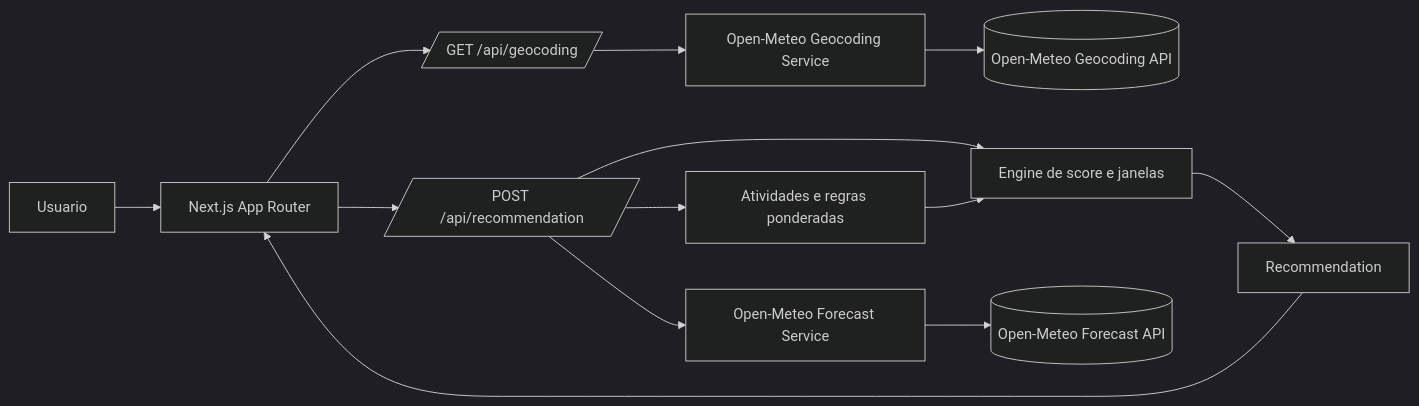
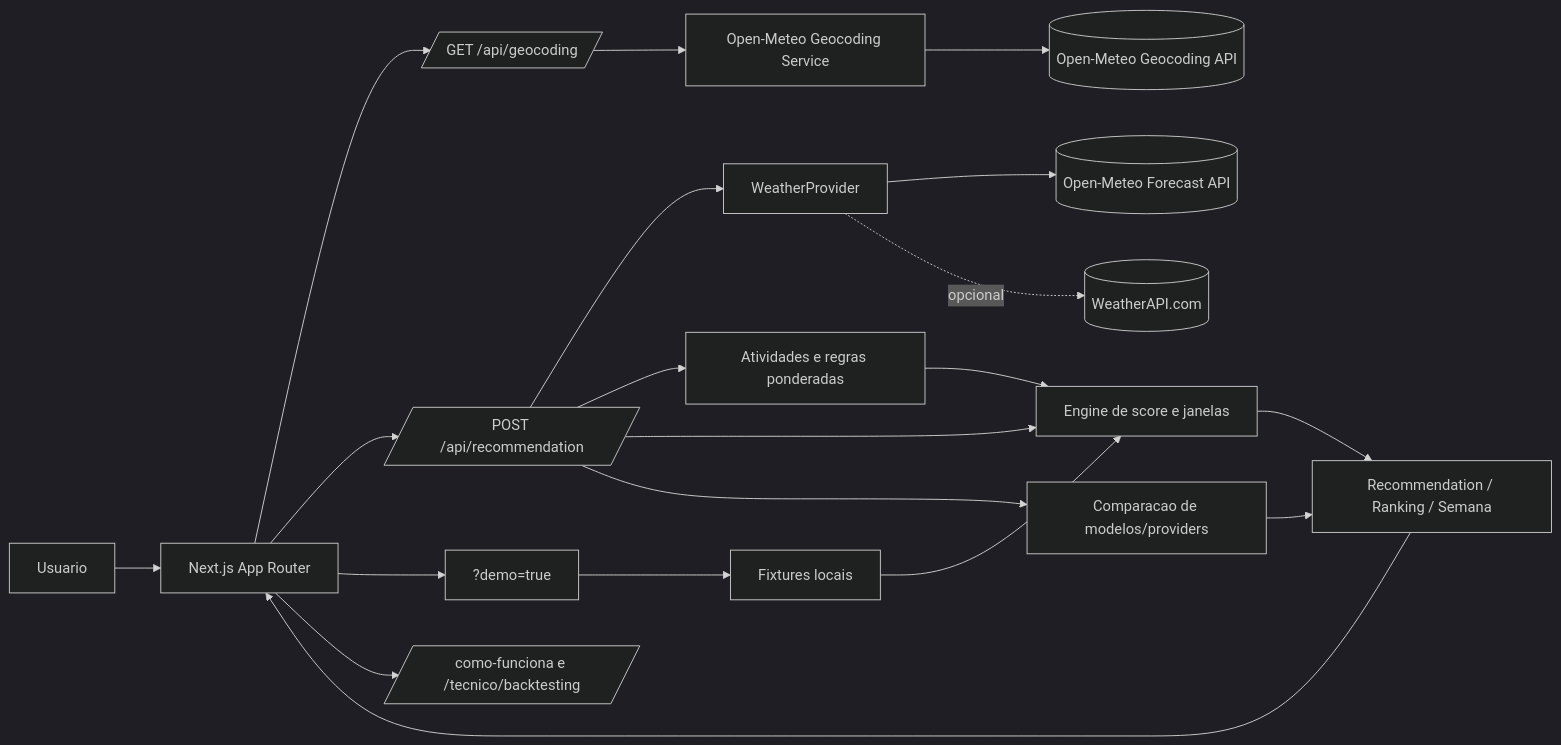
One commit to PauloSergioLR/janela-perfeita changed the diagram in README.md. Above: the diagram before and after it, drawn with Mermaid (dark theme). The commit also changed other lines of this file, not shown here.

Commit message:
docs: atualiza README com evolucao do projeto

````diff
--- a/README.md
+++ b/README.md
@@ -42,18 +50,25 @@
 ```mermaid
 flowchart LR
   U[Usuario] --> UI[Next.js App Router]
   UI --> GEO[/GET /api/geocoding/]
   UI --> REC[/POST /api/recommendation/]
+  UI --> DEMO[?demo=true]
+  UI --> TECH[/como-funciona e /tecnico/backtesting/]
 
   GEO --> GS[Open-Meteo Geocoding Service]
   GS --> OMGeo[(Open-Meteo Geocoding API)]
 
-  REC --> WS[Open-Meteo Forecast Service]
+  REC --> WP[WeatherProvider]
   REC --> ACT[Atividades e regras ponderadas]
   REC --> ENG[Engine de score e janelas]
+  REC --> CMP[Comparacao de modelos/providers]
+  DEMO --> FIX[Fixtures locais]
 
-  WS --> OMForecast[(Open-Meteo Forecast API)]
+  WP --> OMForecast[(Open-Meteo Forecast API)]
+  WP -. opcional .-> WAPI[(WeatherAPI.com)]
   ACT --> ENG
-  ENG --> OUT[Recommendation]
+  ENG --> OUT[Recommendation / Ranking / Semana]
+  CMP --> OUT
+  FIX --> ENG
   OUT --> UI
 ```
````
